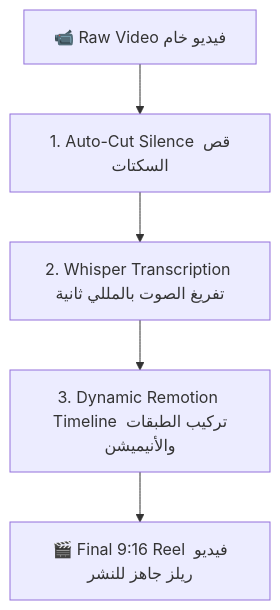
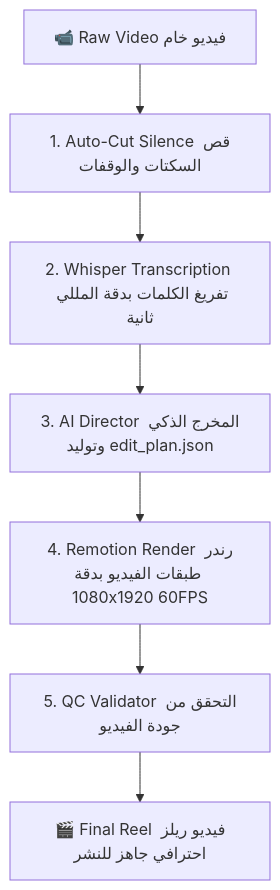
Before and after one commit to Aliw02/reel-agent-skill: the diagram in README.md, drawn with Mermaid. The commit also changed other lines of this file and 17 other files, not shown here.

Commit message:
feat: complete AI Reel Editor Pro pipeline architecture and add template raw video

````diff
--- a/README.md
+++ b/README.md
@@ -31,7 +33,9 @@
 ```mermaid
-graph TD
-    A[📹 Raw Video فيديو خام] --> B[1. Auto-Cut Silence قص السكتات]
-    B --> C[2. Whisper Transcription تفريغ الصوت بالمللي ثانية]
-    C --> D[3. Dynamic Remotion Timeline تركيب الطبقات والأنيميشن]
-    D --> E[🎬 Final 9:16 Reel فيديو ريلز جاهز للنشر]
+flowchart TD
+    A[📹 Raw Video فيديو خام] --> B[1. Auto-Cut Silence قص السكتات والوقفات]
+    B --> C[2. Whisper Transcription تفريغ الكلمات بدقة المللي ثانية]
+    C --> D[3. AI Director المخرج الذكي وتوليد edit_plan.json]
+    D --> E[4. Remotion Render رندر طبقات الفيديو بدقة 1080x1920 60FPS]
+    E --> F[5. QC Validator التحقق من جودة الفيديو]
+    F --> G[🎬 Final Reel فيديو ريلز احترافي جاهز للنشر]
 ```
````
